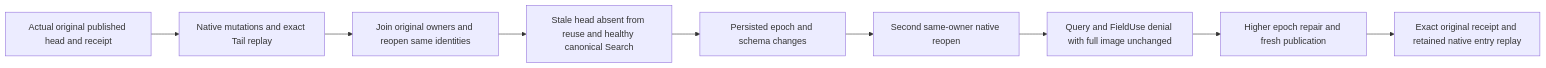
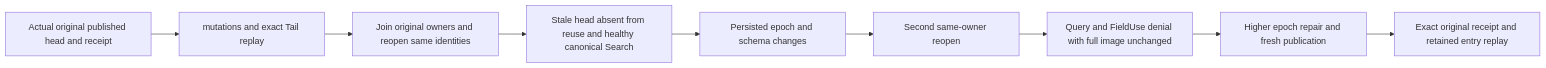
One commit to managedcode/KeyLoad changed the second of 2 diagrams in docs/Features/Search/Bm25InvalidationDependencies.md. Above: the diagram before and after it, drawn with Mermaid. The commit also changed other lines of this file and 9016 other files, not shown here.

````diff
--- a/docs/Features/Search/Bm25InvalidationDependencies.md
+++ b/docs/Features/Search/Bm25InvalidationDependencies.md
@@ -31,11 +31,11 @@
 ```mermaid
 flowchart LR
-  Head[Actual original published head and receipt] --> Documents[Native mutations and exact Tail replay]
+  Head[Actual original published head and receipt] --> Documents[mutations and exact Tail replay]
   Documents --> Cold[Join original owners and reopen same identities]
   Cold --> Fallback[Stale head absent from reuse and healthy canonical Search]
   Fallback --> Policy[Persisted epoch and schema changes]
-  Policy --> ColdAgain[Second same-owner native reopen]
+  Policy --> ColdAgain[Second same-owner reopen]
   ColdAgain --> Denial[Query and FieldUse denial with full image unchanged]
   Denial --> Repair[Higher epoch repair and fresh publication]
-  Repair --> Replay[Exact original receipt and retained native entry replay]
+  Repair --> Replay[Exact original receipt and retained entry replay]
 ```
````
